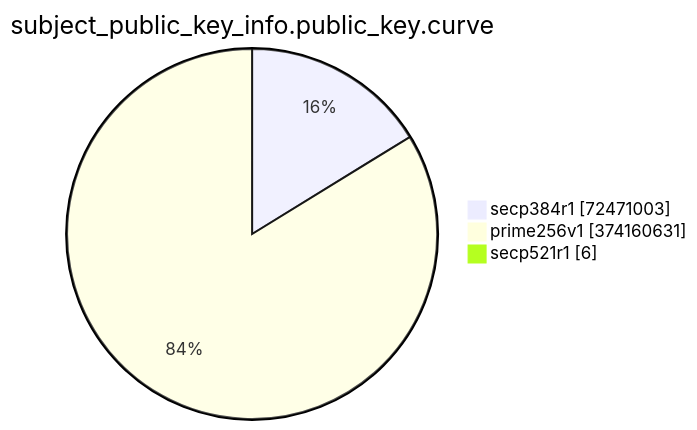
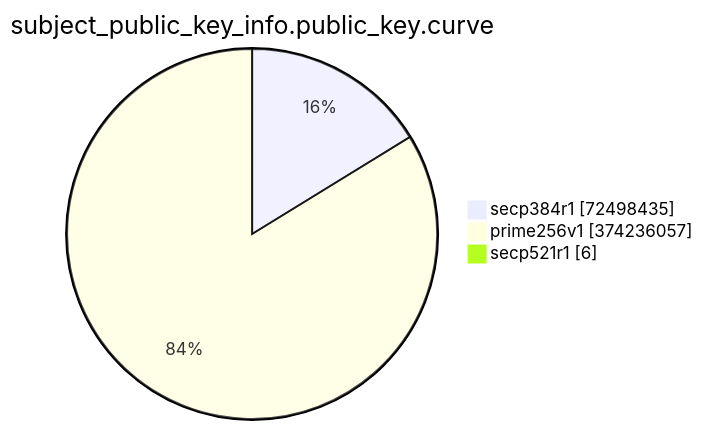
The eighth of 15 diagrams in TOTAL/README.md (christiankrug/ctmonitor_visualization), drawn with Mermaid before and after one commit. The commit also changed other lines of this file, not shown here.

````diff
--- a/TOTAL/README.md
+++ b/TOTAL/README.md
@@ -3094,7 +3094,7 @@
 ```mermaid
 pie showData
 title subject_public_key_info.public_key.curve
-"secp384r1" :72471003
-"prime256v1" :374160631
+"secp384r1" :72498435
+"prime256v1" :374236057
 "secp521r1" :6
 ```
````
